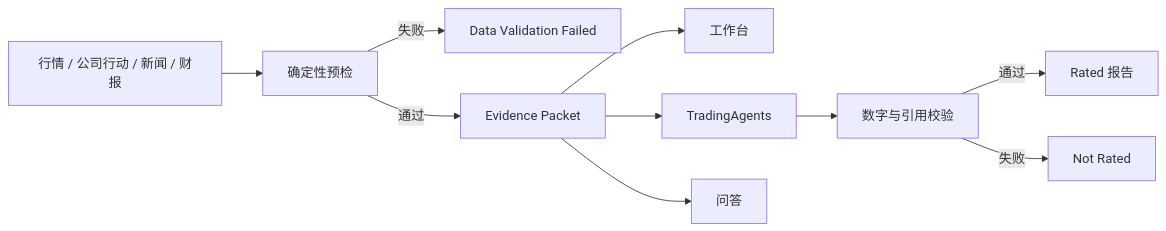
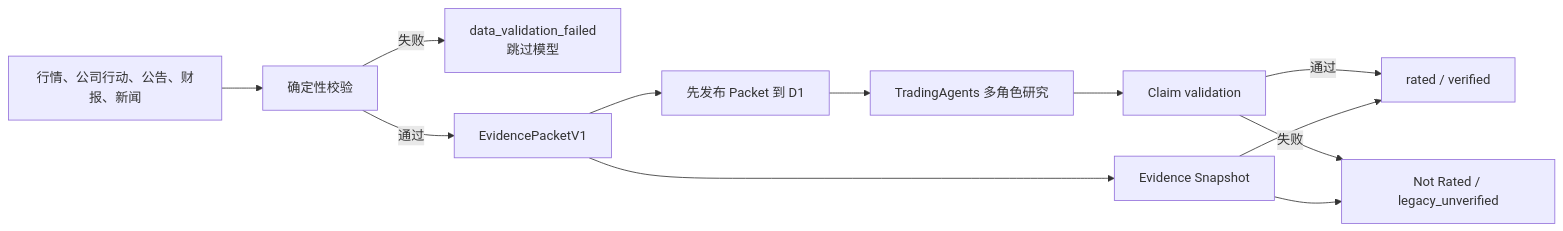
The diagram in docs/REPORT_QUALITY_AUDIT.md (gaaiyun/TradingWorkbench), drawn with Mermaid before and after one commit. The commit also changed other lines of this file and 5 other files, not shown here.

````diff
--- a/docs/REPORT_QUALITY_AUDIT.md
+++ b/docs/REPORT_QUALITY_AUDIT.md
@@ -37,12 +99,14 @@
 ```mermaid
 flowchart LR
-    P["行情 / 公司行动 / 新闻 / 财报"] --> V["确定性预检"]
-    V -->|"失败"| B["Data Validation Failed"]
-    V -->|"通过"| E["Evidence Packet"]
-    E --> UI["工作台"]
-    E --> A["TradingAgents"]
-    E --> Q["问答"]
-    A --> C["数字与引用校验"]
-    C -->|"通过"| R["Rated 报告"]
-    C -->|"失败"| N["Not Rated"]
+    S["行情、公司行动、公告、财报、新闻"] --> V["确定性校验"]
+    V -->|"失败"| F["data_validation_failed<br/>跳过模型"]
+    V -->|"通过"| E["EvidencePacketV1"]
+    E --> P["先发布 Packet 到 D1"]
+    P --> A["TradingAgents 多角色研究"]
+    A --> C["Claim validation"]
+    C -->|"通过"| R["rated / verified"]
+    C -->|"失败"| N["Not Rated / legacy_unverified"]
+    E --> Q["Evidence Snapshot"]
+    Q --> R
+    Q --> N
 ```
````
